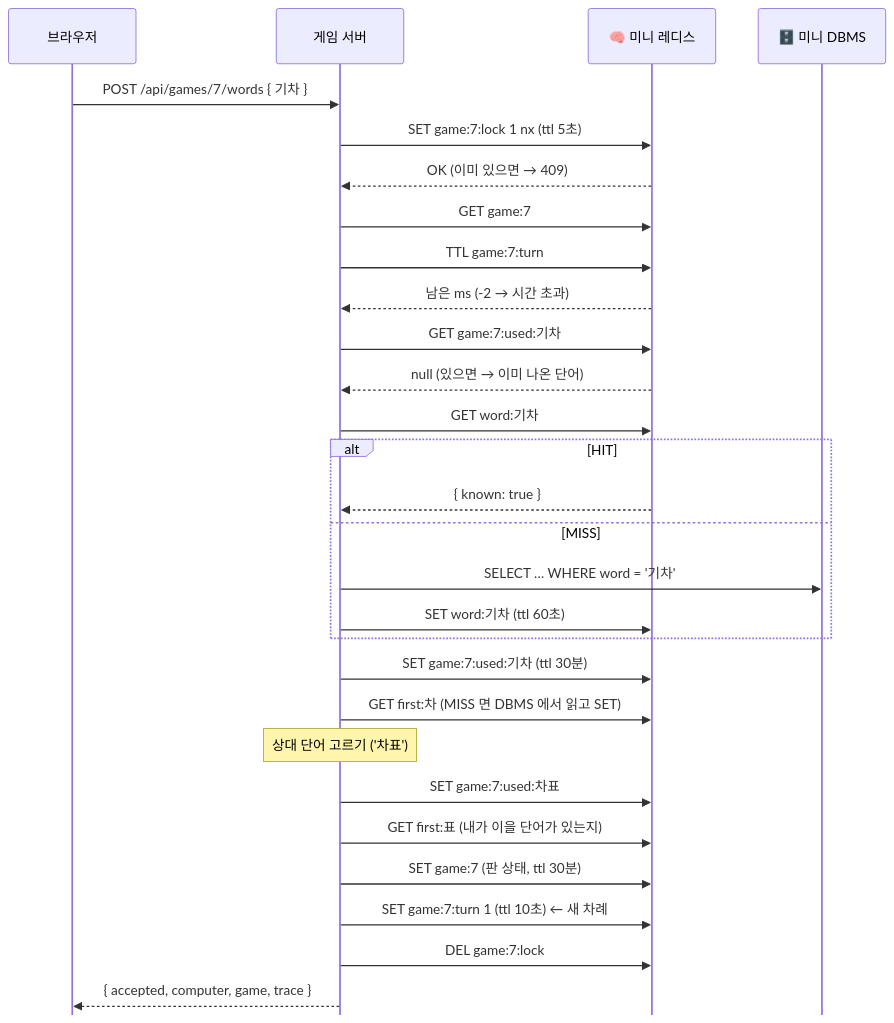
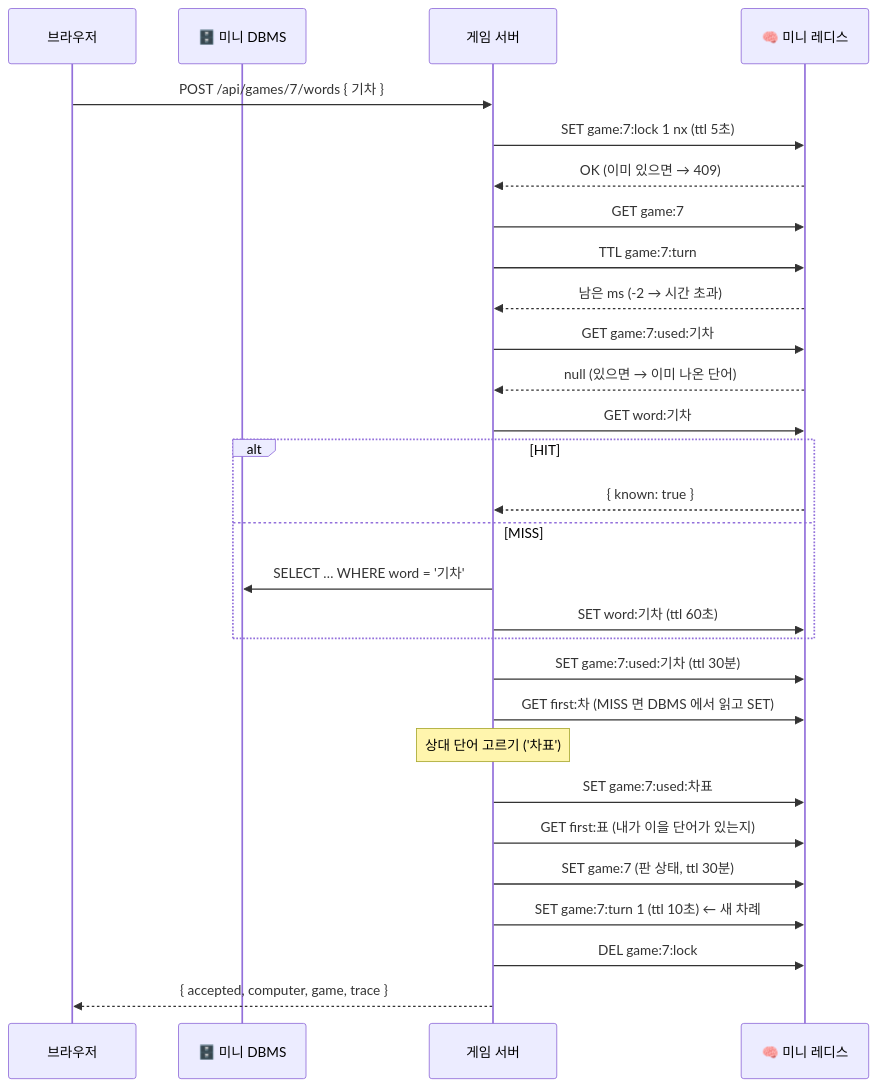
The fourth of 5 diagrams in README.md (ririzu1202/shiritori), drawn with Mermaid before and after one commit.

````diff
--- a/README.md
+++ b/README.md
@@ -227,32 +227,31 @@
 ```mermaid
-%%{init: {"sequence": {"mirrorActors": false}}}%%
 sequenceDiagram
   participant B as 브라우저
+  participant D as 🗄️ 미니 DBMS
   participant G as 게임 서버
   participant R as 🧠 미니 레디스
-  participant D as 🗄️ 미니 DBMS
   B->>G: POST /api/games/7/words { 기차 }
   G->>R: SET game:7:lock 1 nx (ttl 5초)
   R-->>G: OK  (이미 있으면 → 409)
   G->>R: GET game:7
   G->>R: TTL game:7:turn
   R-->>G: 남은 ms  (-2 → 시간 초과)
   G->>R: GET game:7:used:기차
   R-->>G: null  (있으면 → 이미 나온 단어)
   G->>R: GET word:기차
   alt HIT
     R-->>G: { known: true }
   else MISS
     G->>D: SELECT … WHERE word = '기차'
     G->>R: SET word:기차 (ttl 60초)
   end
   G->>R: SET game:7:used:기차 (ttl 30분)
   G->>R: GET first:차  (MISS 면 DBMS 에서 읽고 SET)
   Note over G: 상대 단어 고르기 ('차표')
   G->>R: SET game:7:used:차표
   G->>R: GET first:표  (내가 이을 단어가 있는지)
   G->>R: SET game:7 (판 상태, ttl 30분)
   G->>R: SET game:7:turn 1 (ttl 10초)  ← 새 차례
   G->>R: DEL game:7:lock
   G-->>B: { accepted, computer, game, trace }
 ```
````
